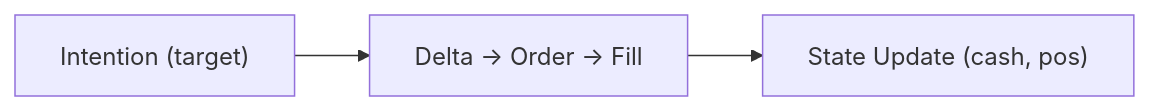
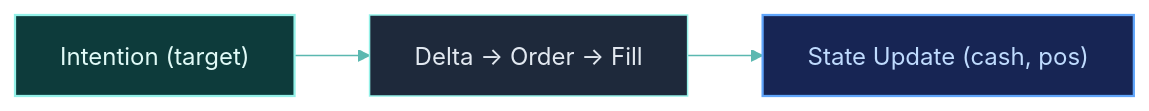
Before and after one commit to Clypt/docs: the diagram in engine/execution-pipeline.mdx, drawn with Mermaid. The commit also changed other lines of this file and 73 other files, not shown here.

````diff
--- a/engine/execution-pipeline.mdx
+++ b/engine/execution-pipeline.mdx
@@ -10,8 +10,15 @@
 ```mermaid
+%%{init: {'theme': 'base', 'themeVariables': { 'primaryColor': '#1e293b', 'primaryTextColor': '#e2e8f0', 'primaryBorderColor': '#94F1E8', 'lineColor': '#5bb8b0', 'clusterBkg': '#0f172a', 'clusterBorder': '#1e3a3a', 'titleColor': '#94F1E8', 'edgeLabelBackground': 'transparent' }}}%%
 flowchart LR
+    classDef source fill:#0d3b3b,stroke:#94F1E8,stroke-width:1.5px,color:#e0faf7
+    classDef action fill:#172554,stroke:#60a5fa,stroke-width:1.5px,color:#bfdbfe
+
     Intention["Intention (target)"]
     Pipeline["Delta → Order → Fill"]
     State["State Update (cash, pos)"]
 
     Intention --> Pipeline --> State
+
+    class Intention source
+    class State action
 ```
````
